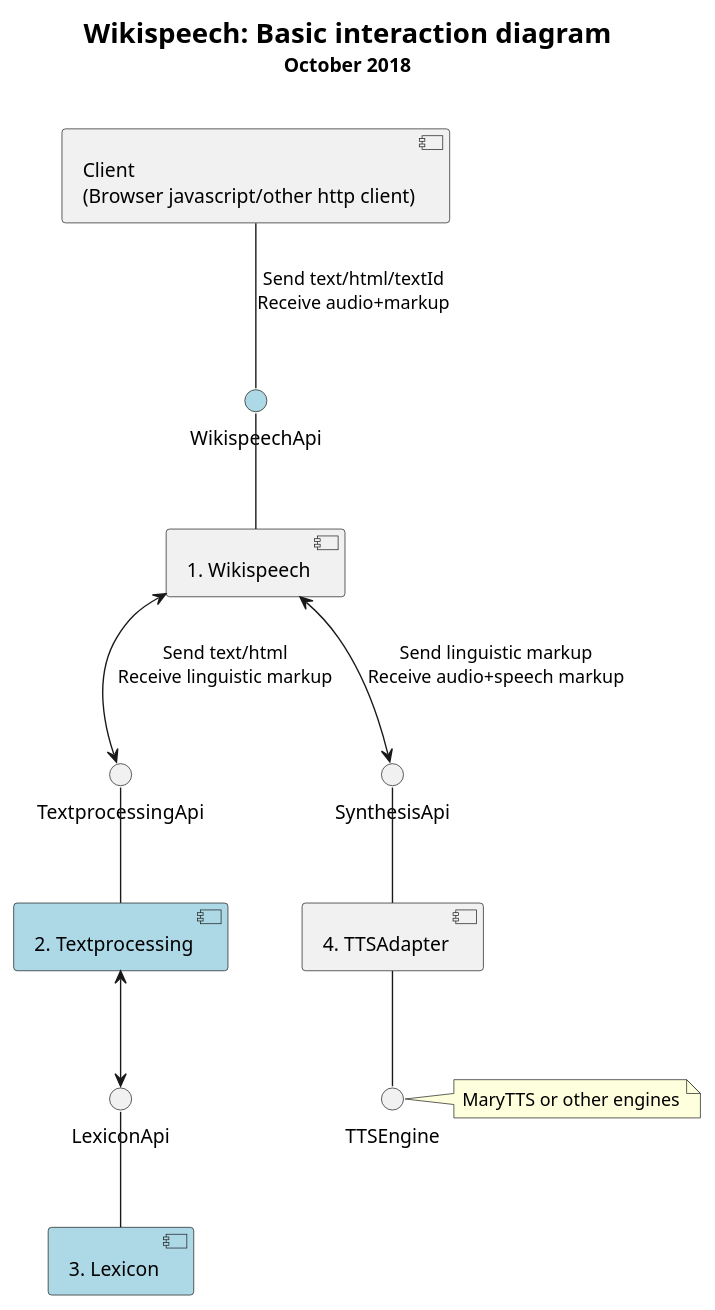
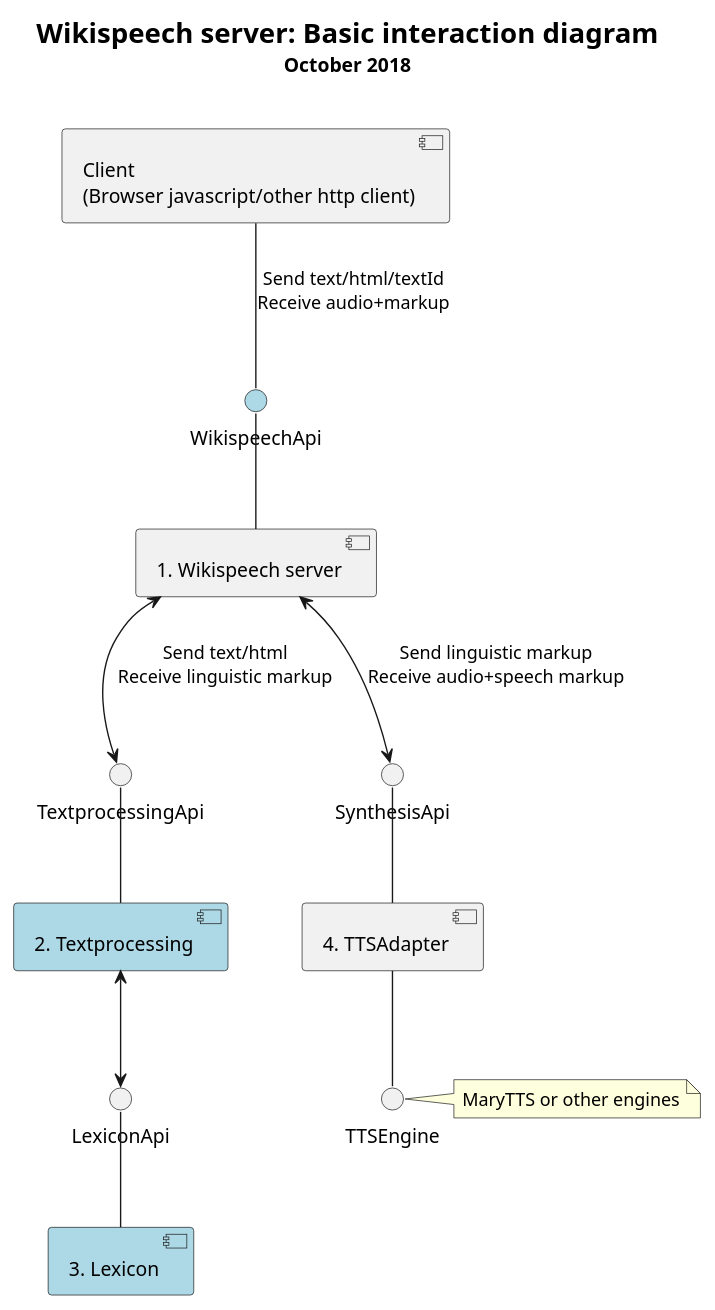
Before and after one commit to stts-se/wikispeech-server: the diagram in docs/uml/interaction_diagram.puml, drawn with PlantUML. The commit also changed 2 other files, not shown here.

```diff
--- a/docs/uml/interaction_diagram.puml
+++ b/docs/uml/interaction_diagram.puml
@@ -1,48 +1,48 @@
 @startuml
 
 title
-<size:20>**Wikispeech: Basic interaction diagram**</size>
+<size:20>**Wikispeech server: Basic interaction diagram**</size>
 <size:14>October 2018</size>
 <size:14></size>
 end title
 
 component "Client\n(Browser javascript/other http client)" as Client
 
-component "1. Wikispeech" as Wikispeech
+component "1. Wikispeech server" as Wikispeech
 component "2. Textprocessing" as Textprocessing #lightblue
 url of Textprocessing is [[textprocessing2.svg]]
 
 component "3. Lexicon" as Lexicon #lightblue
 url of Lexicon is [[Lexicon.svg]]
 
 component "4. TTSAdapter" as Synthesis
 
 interface WikispeechApi #lightblue
 url of WikispeechApi is [[WikispeechApi.svg]]
 
 interface TextprocessingApi
 interface LexiconApi
 interface SynthesisApi
 
 Client -- WikispeechApi : "Send text/html/textId\nReceive audio+markup"
 
 WikispeechApi -- Wikispeech
 
 Wikispeech <--> TextprocessingApi : "Send text/html\nReceive linguistic markup"
 
 
 
 Wikispeech <--> SynthesisApi : "Send linguistic markup\nReceive audio+speech markup"
 SynthesisApi -- Synthesis
 
 Synthesis -- TTSEngine
 
 note right
 MaryTTS or other engines
 end note
 
 TextprocessingApi -- Textprocessing
 Textprocessing <--> LexiconApi
 LexiconApi -- Lexicon
 
 @enduml
```
